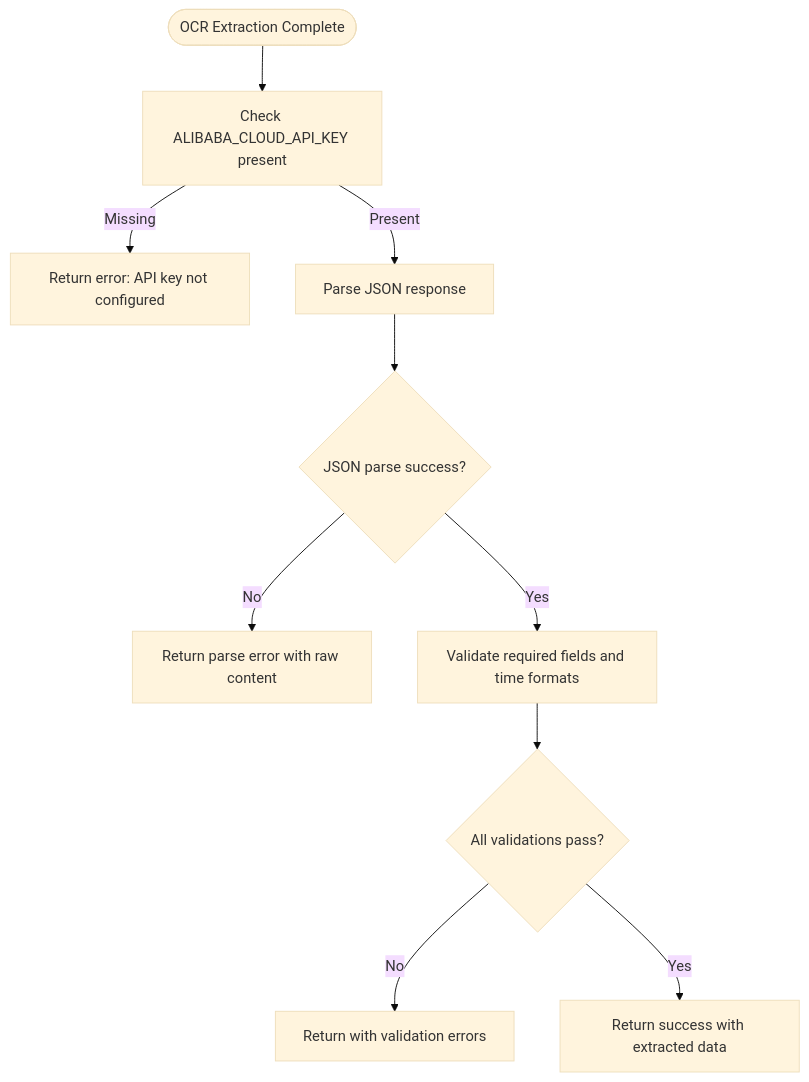
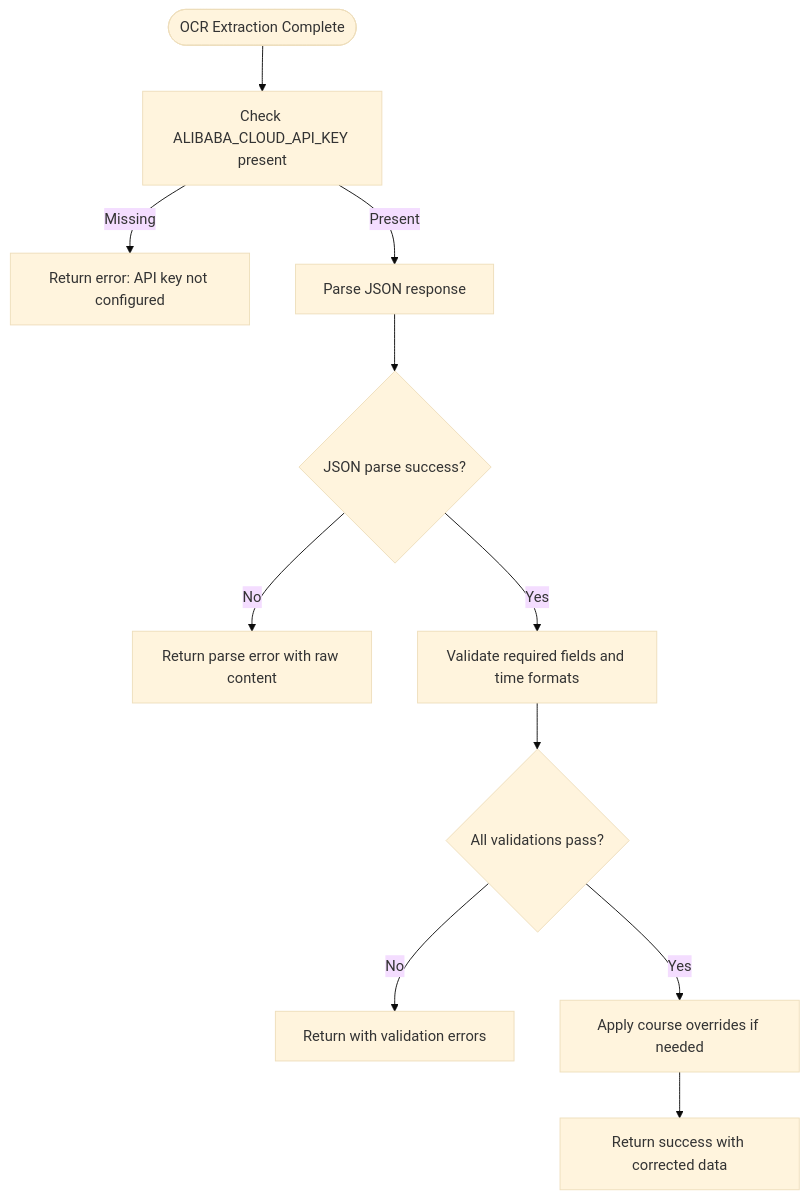
The fourth of 5 diagrams in .qoder/repowiki/en/content/Configuration Management.md (Johnny22056/SwimingStatus), drawn with Mermaid (base theme) before and after one commit. The commit also changed other lines of this file and 4 other files, not shown here.

````diff
--- a/.qoder/repowiki/en/content/Configuration Management.md
+++ b/.qoder/repowiki/en/content/Configuration Management.md
@@ -215,12 +254,13 @@
 ```mermaid
 flowchart TD
 Start(["OCR Extraction Complete"]) --> CheckKey["Check ALIBABA_CLOUD_API_KEY present"]
 CheckKey --> |Missing| ReturnError["Return error: API key not configured"]
 CheckKey --> |Present| ParseJSON["Parse JSON response"]
 ParseJSON --> ValidJSON{"JSON parse success?"}
 ValidJSON --> |No| ReturnParseError["Return parse error with raw content"]
 ValidJSON --> |Yes| ValidateFields["Validate required fields and time formats"]
 ValidateFields --> ValidData{"All validations pass?"}
 ValidData --> |No| ReturnWithErrors["Return with validation errors"]
-ValidData --> |Yes| ReturnSuccess["Return success with extracted data"]
+ValidData --> |Yes| ApplyOverrides["Apply course overrides if needed"]
+ApplyOverrides --> ReturnSuccess["Return success with corrected data"]
 ```
````
